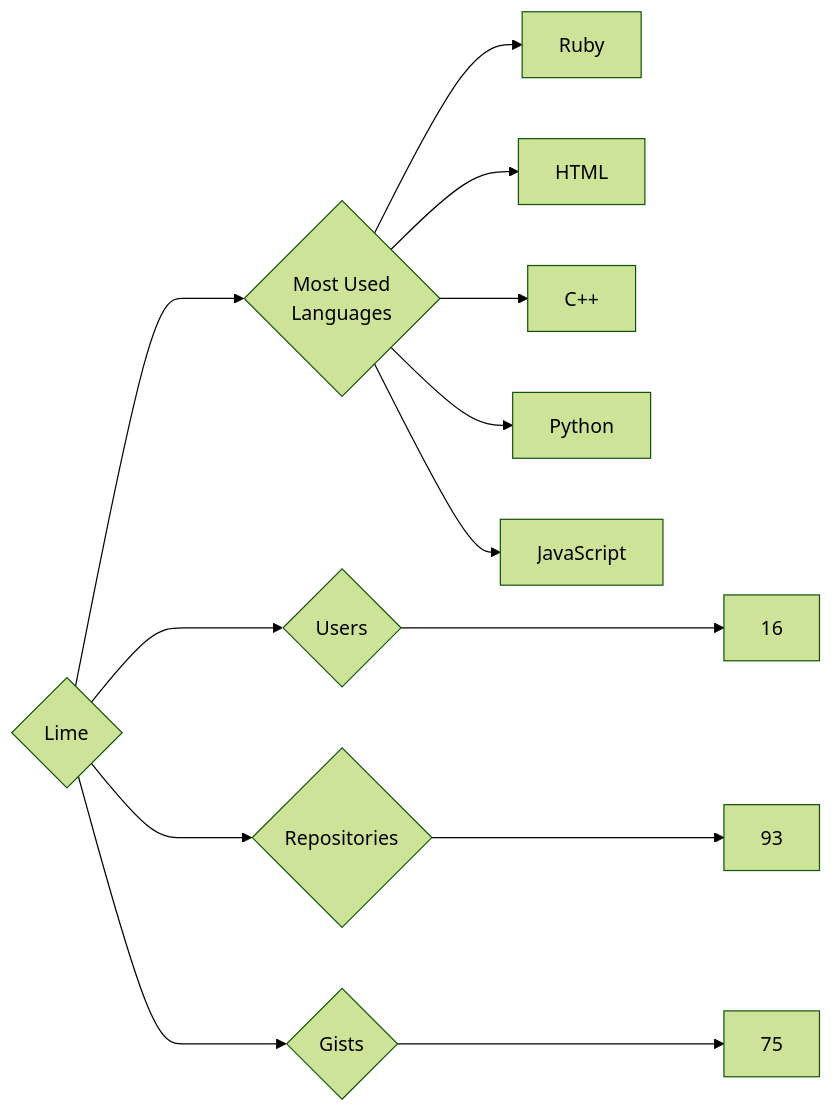
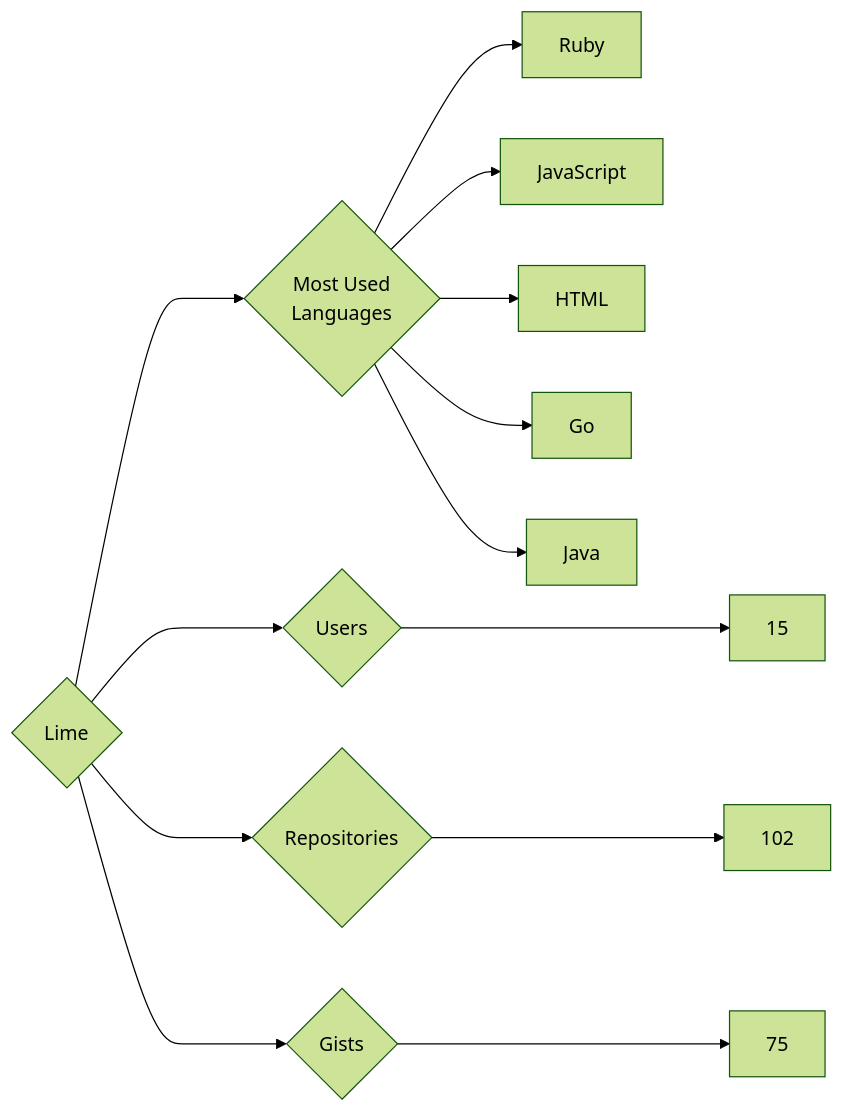
The diagram in targets/Lime/README.md (trickest/insiders), drawn with Mermaid (forest theme) before and after one commit. The commit also changed 899 other files, not shown here.

````diff
--- a/targets/Lime/README.md
+++ b/targets/Lime/README.md
@@ -3,13 +3,13 @@
 ```mermaid
 graph LR
 COMPANY_NAME{Lime}
-COMPANY_NAME ---> U{Users} ---> UN[16]
-COMPANY_NAME ---> R{Repositories} ---> RN[93]
+COMPANY_NAME ---> U{Users} ---> UN[15]
+COMPANY_NAME ---> R{Repositories} ---> RN[102]
 COMPANY_NAME ---> G{Gists} ---> GN[75]
 COMPANY_NAME ---> ML{Most Used<br>Languages}
 ML --> Ruby[Ruby]
+ML --> JavaScript[JavaScript]
 ML --> HTML[HTML]
-ML --> C++[C++]
-ML --> Python[Python]
-ML --> JavaScript[JavaScript]
+ML --> Go[Go]
+ML --> Java[Java]
 ```
````
